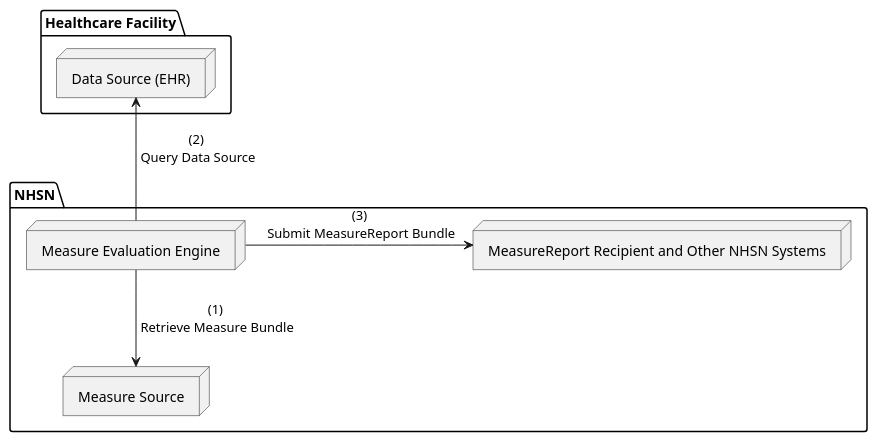
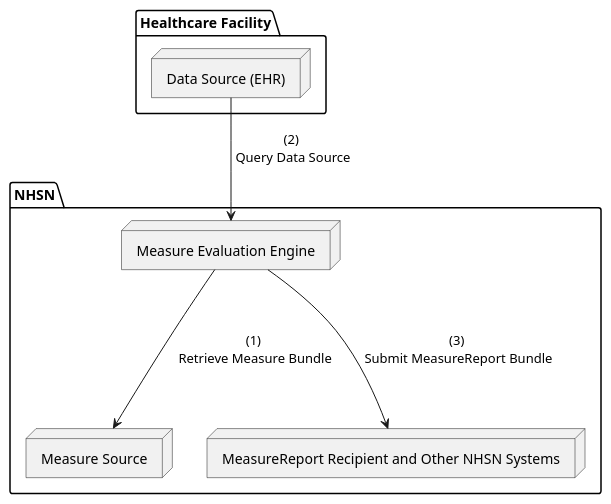
One commit to HL7/us-safr changed the diagram in input/images-source/usfr-1.plantuml. Above: the diagram before and after it, drawn with PlantUML. The commit also changed 2 other files, not shown here.

Commit message:
Added example descriptions and diagram updates

```diff
--- a/input/images-source/usfr-1.plantuml
+++ b/input/images-source/usfr-1.plantuml
@@ -1,18 +1,18 @@
 @startuml
 
 package "Healthcare Facility" {
     node "Data Source (EHR)" as EHR
 }
 
 package "NHSN" {
     node "Measure Evaluation Engine" as MEE
     node "Measure Source" as MS
     node "MeasureReport Recipient and Other NHSN Systems" as Recipient
 }
 
-EHR <-- MEE : (2)\n Query Data Source
-MEE -down-> MS : (1)\n Retrieve Measure Bundle
-MEE -right-> Recipient : (3)\n Submit MeasureReport Bundle
+EHR --> MEE : (2)\n Query Data Source
+MEE ---> MS : (1)\n Retrieve Measure Bundle
+MEE ---> Recipient : (3)\n Submit MeasureReport Bundle
 
 
 @enduml
```
